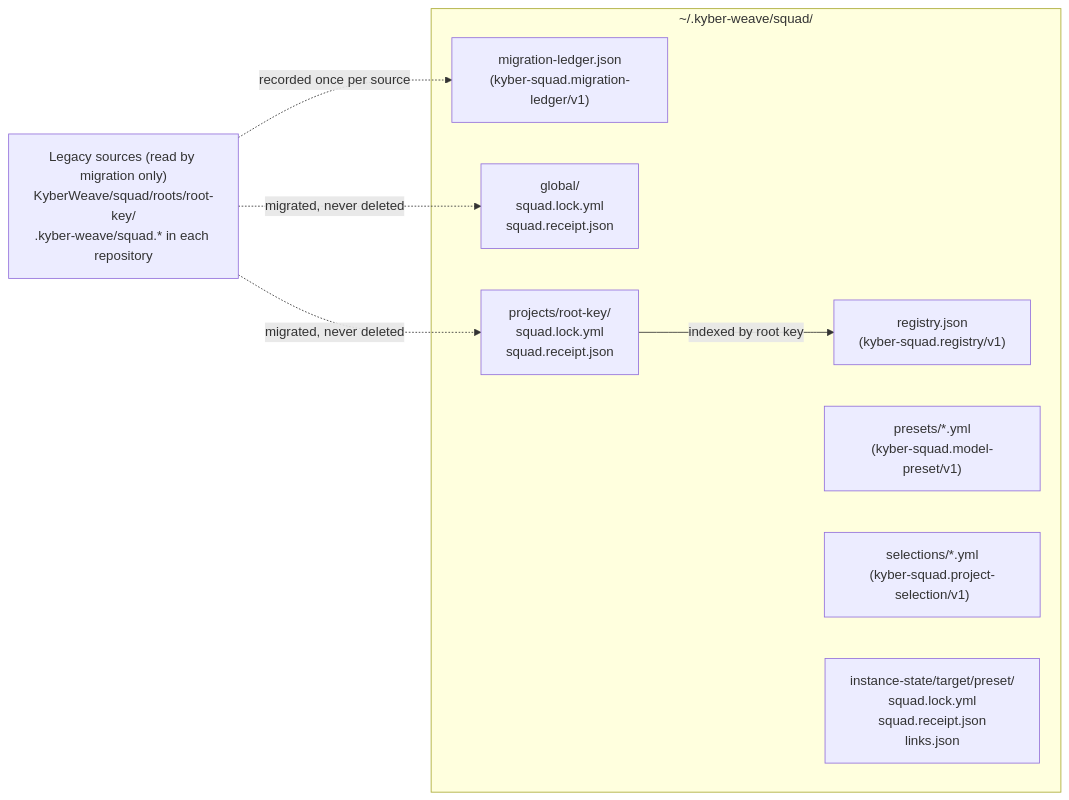
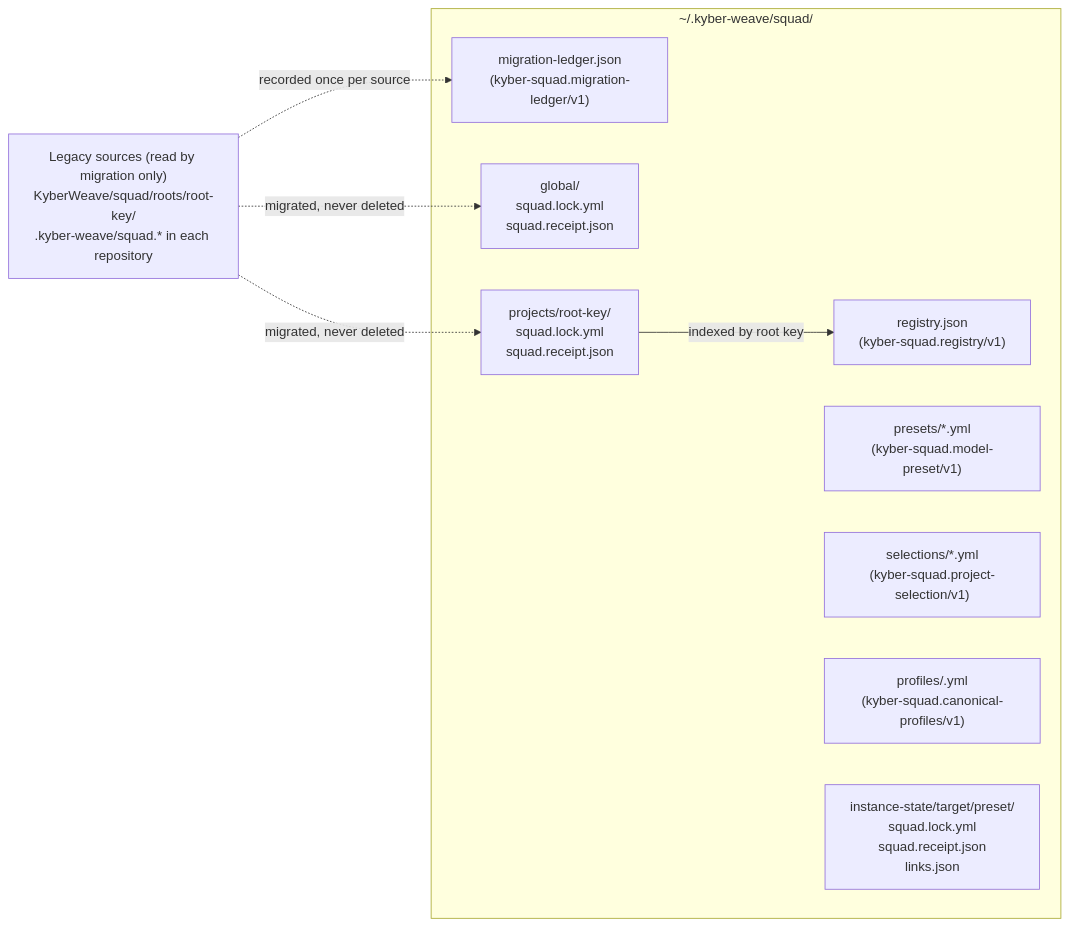
One commit to dpalfery/kyber-weave changed the third of 5 diagrams in docs/kyber-squad/architecture.md. Above: the diagram before and after it, drawn with Mermaid. The commit also changed other lines of this file and 17 other files, not shown here.

First line of the commit message:
fix(#436): squad preset verbs resolve canonical profiles, never rewrite skills (#438)

````diff
--- a/docs/kyber-squad/architecture.md
+++ b/docs/kyber-squad/architecture.md
@@ -275,17 +277,18 @@
 ```mermaid
 flowchart LR
     subgraph Home["~/.kyber-weave/squad/"]
         Registry["registry.json\n(kyber-squad.registry/v1)"]
         Ledger["migration-ledger.json\n(kyber-squad.migration-ledger/v1)"]
         Presets["presets/*.yml\n(kyber-squad.model-preset/v1)"]
         Selections["selections/*.yml\n(kyber-squad.project-selection/v1)"]
+        Profiles["profiles/<version>.yml\n(kyber-squad.canonical-profiles/v1)"]
         Global["global/\nsquad.lock.yml\nsquad.receipt.json"]
         Projects["projects/root-key/\nsquad.lock.yml\nsquad.receipt.json"]
         Instances["instance-state/target/preset/\nsquad.lock.yml\nsquad.receipt.json\nlinks.json"]
     end
     Legacy["Legacy sources (read by migration only)\nKyberWeave/squad/roots/root-key/\n.kyber-weave/squad.* in each repository"]
     Legacy -.->|"migrated, never deleted"| Global
     Legacy -.->|"migrated, never deleted"| Projects
     Projects -->|"indexed by root key"| Registry
     Legacy -.->|"recorded once per source"| Ledger
 ```
````
